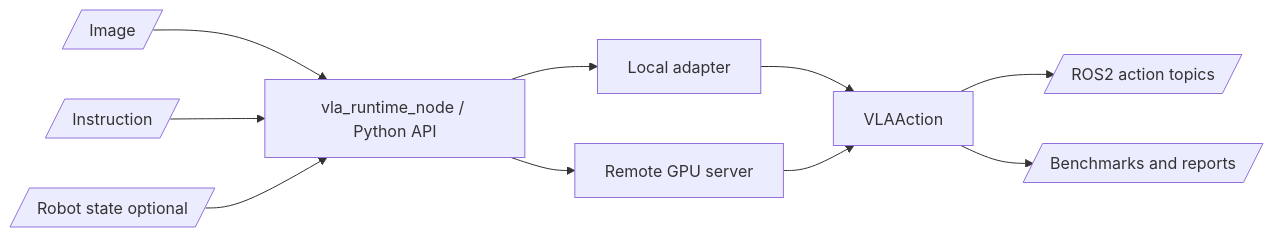
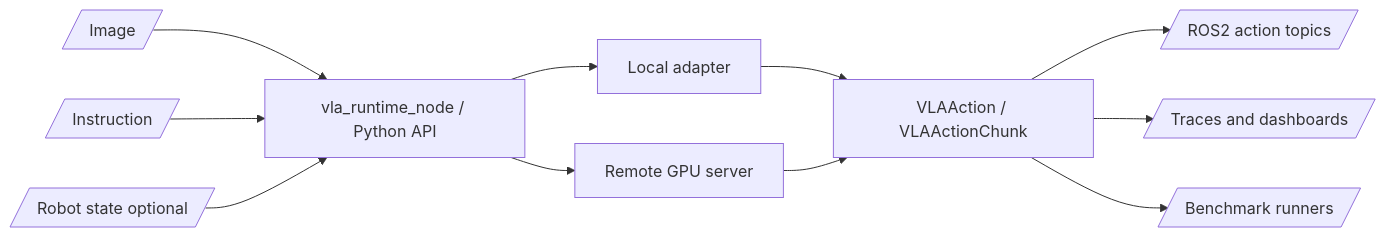
One commit to rsasaki0109/vla_ros2 changed the diagram in README.md. Above: the diagram before and after it, drawn with Mermaid. The commit also changed other lines of this file, not shown here.

````diff
--- a/README.md
+++ b/README.md
@@ -184,12 +228,13 @@
 ```mermaid
 flowchart LR
   Camera[/Image/] --> Runtime[vla_runtime_node / Python API]
   Instruction[/Instruction/] --> Runtime
   State[/Robot state optional/] --> Runtime
   Runtime --> Local[Local adapter]
   Runtime --> Remote[Remote GPU server]
-  Local --> Action[VLAAction]
+  Local --> Action[VLAAction / VLAActionChunk]
   Remote --> Action
   Action --> ROS[/ROS2 action topics/]
-  Action --> Bench[/Benchmarks and reports/]
+  Action --> Reports[/Traces and dashboards/]
+  Action --> Bench[/Benchmark runners/]
 ```
````
